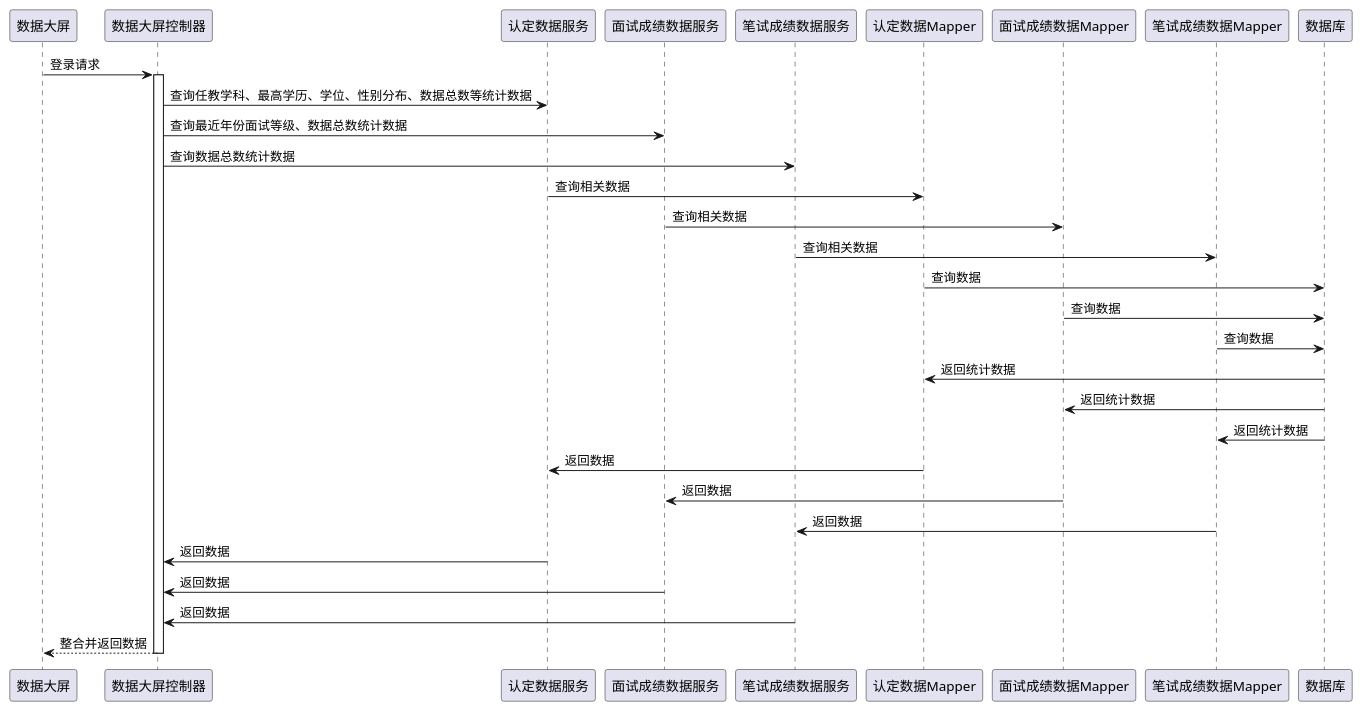
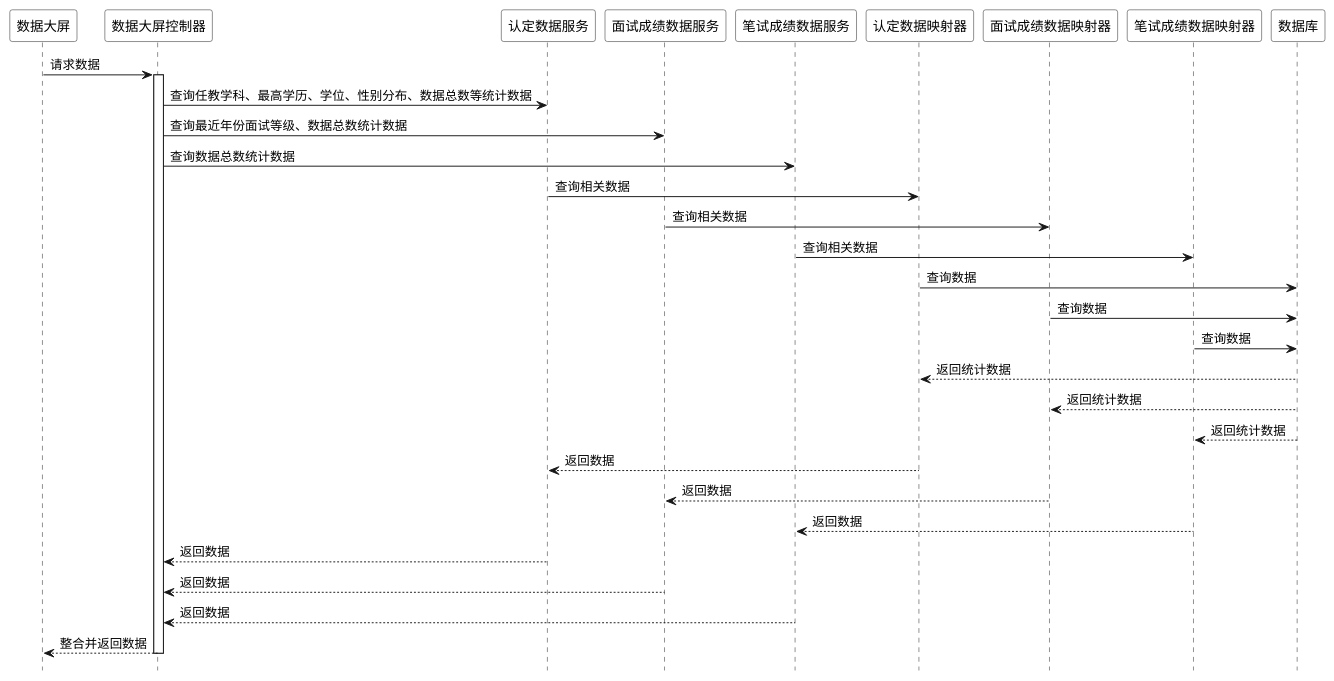
The diagram in resouces/drawio/UML_Sequence/dashboard.puml (coderyjc/certificate_analysis), drawn with PlantUML before and after one commit. The commit also changed 12 other files, not shown here.

Commit message:
更新UML序列图

```diff
--- a/resouces/drawio/UML_Sequence/dashboard.puml
+++ b/resouces/drawio/UML_Sequence/dashboard.puml
@@ -1,36 +1,42 @@
 @startuml dashboard
 
-数据大屏 -> 数据大屏控制器: 登录请求
+hide footbox
+skinparam sequence {
+  ParticipantBackgroundColor #ffffff
+  ParticipantFontColor #000000
+}
+
+数据大屏 -> 数据大屏控制器: 请求数据
 activate 数据大屏控制器
 
 数据大屏控制器 -> 认定数据服务: 查询任教学科、最高学历、学位、性别分布、数据总数等统计数据
 数据大屏控制器 -> 面试成绩数据服务: 查询最近年份面试等级、数据总数统计数据
 数据大屏控制器 -> 笔试成绩数据服务: 查询数据总数统计数据
 
-认定数据服务 -> 认定数据Mapper: 查询相关数据
-面试成绩数据服务 -> 面试成绩数据Mapper: 查询相关数据
-笔试成绩数据服务 -> 笔试成绩数据Mapper: 查询相关数据
+认定数据服务 -> 认定数据映射器: 查询相关数据
+面试成绩数据服务 -> 面试成绩数据映射器: 查询相关数据
+笔试成绩数据服务 -> 笔试成绩数据映射器: 查询相关数据
 
-认定数据Mapper -> 数据库: 查询数据
-面试成绩数据Mapper -> 数据库: 查询数据
-笔试成绩数据Mapper -> 数据库: 查询数据
+认定数据映射器 -> 数据库: 查询数据
+面试成绩数据映射器 -> 数据库: 查询数据
+笔试成绩数据映射器 -> 数据库: 查询数据
 
-数据库 -> 认定数据Mapper: 返回统计数据
-数据库 -> 面试成绩数据Mapper: 返回统计数据
-数据库 -> 笔试成绩数据Mapper: 返回统计数据
+数据库 --> 认定数据映射器: 返回统计数据
+数据库 --> 面试成绩数据映射器: 返回统计数据
+数据库 --> 笔试成绩数据映射器: 返回统计数据
 
 
-认定数据Mapper -> 认定数据服务: 返回数据
-面试成绩数据Mapper -> 面试成绩数据服务: 返回数据
-笔试成绩数据Mapper -> 笔试成绩数据服务: 返回数据
+认定数据映射器 --> 认定数据服务: 返回数据
+面试成绩数据映射器 --> 面试成绩数据服务: 返回数据
+笔试成绩数据映射器 --> 笔试成绩数据服务: 返回数据
 
-认定数据服务 -> 数据大屏控制器: 返回数据
-面试成绩数据服务 -> 数据大屏控制器: 返回数据
-笔试成绩数据服务 -> 数据大屏控制器: 返回数据
+认定数据服务 --> 数据大屏控制器: 返回数据
+面试成绩数据服务 --> 数据大屏控制器: 返回数据
+笔试成绩数据服务 --> 数据大屏控制器: 返回数据
 
 数据大屏控制器 --> 数据大屏: 整合并返回数据
 
 deactivate 数据大屏控制器
 deactivate 数据大屏
 
 @enduml
```
